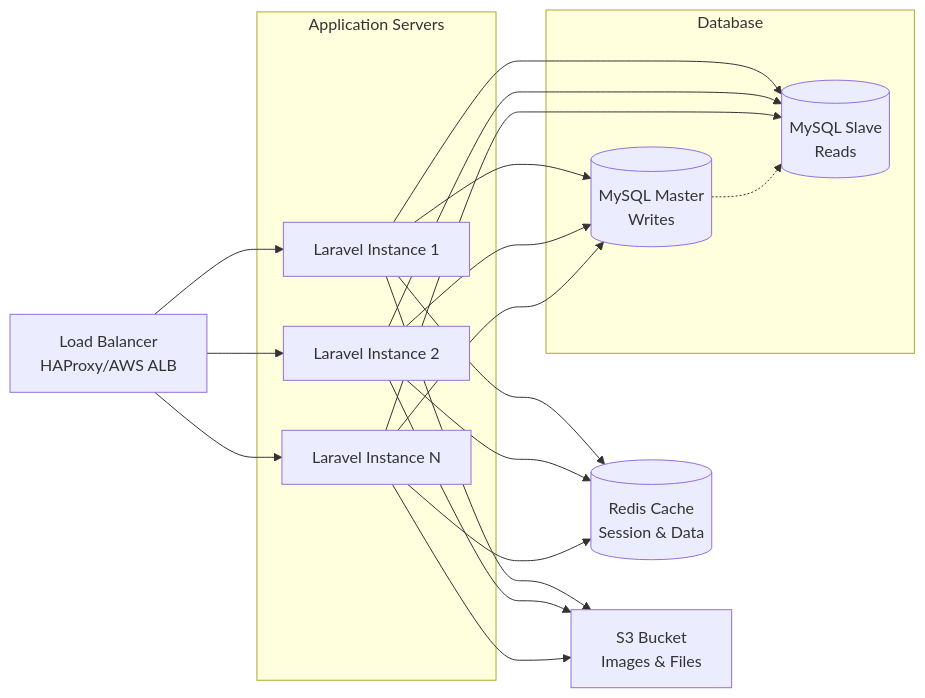
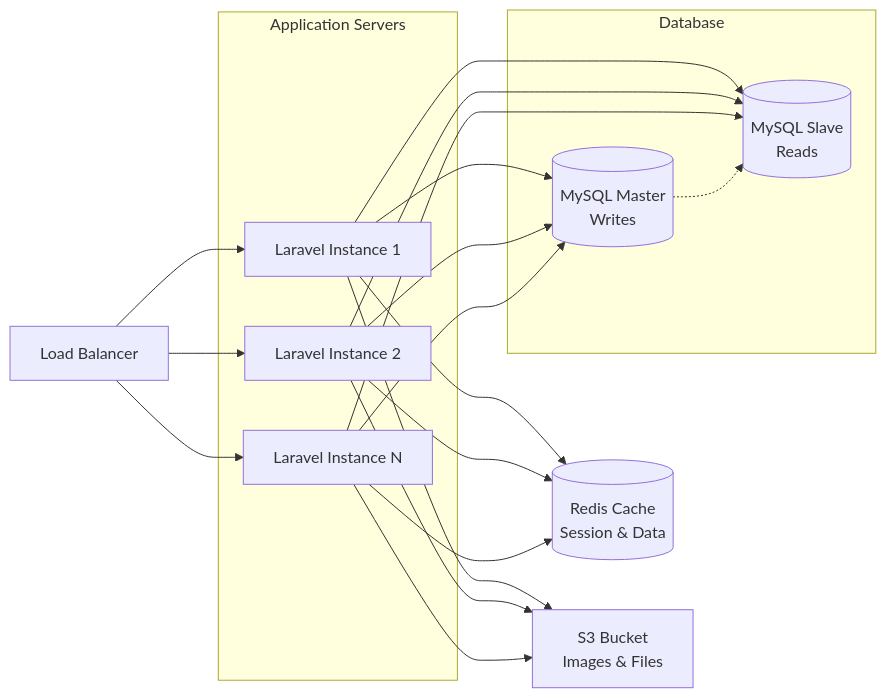
One commit to shawki-iuxit/appointment-booking-system changed the second of 2 diagrams in README.md. Above: the diagram before and after it, drawn with Mermaid.

Commit message:
updated image

````diff
--- a/README.md
+++ b/README.md
@@ -187,41 +187,41 @@
 ```mermaid
 graph LR
-    LB[Load Balancer<br/>HAProxy/AWS ALB]
+    LB[Load Balancer]
     
     subgraph "Application Servers"
         APP1[Laravel Instance 1]
         APP2[Laravel Instance 2] 
         APP3[Laravel Instance N]
     end
     
     REDIS[(Redis Cache<br/>Session & Data)]
     
     subgraph "Database"
         DB_MASTER[(MySQL Master<br/>Writes)]
         DB_SLAVE[(MySQL Slave<br/>Reads)]
     end
     
     S3[S3 Bucket<br/>Images & Files]
     
     LB --> APP1
     LB --> APP2
     LB --> APP3
     
     APP1 --> REDIS
     APP2 --> REDIS
     APP3 --> REDIS
     
     APP1 --> DB_MASTER
     APP2 --> DB_MASTER
     APP3 --> DB_MASTER
     
     APP1 --> DB_SLAVE
     APP2 --> DB_SLAVE
     APP3 --> DB_SLAVE
     
     DB_MASTER -.-> DB_SLAVE
     
     APP1 --> S3
     APP2 --> S3
     APP3 --> S3
 ```
````
